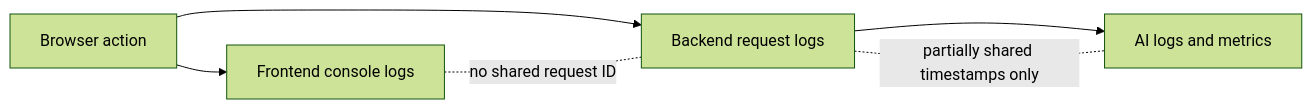
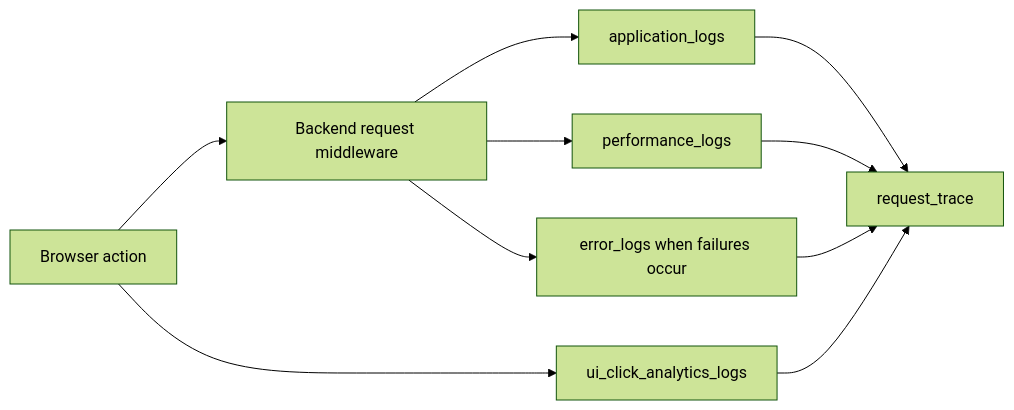
Before and after one commit to Plymouth-University/comp2003-2025-2026-team-3: the seventh of 7 diagrams in docs/services/logging-system/flows.md, drawn with Mermaid (forest theme). The commit also changed other lines of this file and 5 other files, not shown here.

````diff
--- a/docs/services/logging-system/flows.md
+++ b/docs/services/logging-system/flows.md
@@ -193,9 +302,12 @@
 ```mermaid
 flowchart LR
-  BrowserAction[Browser action] --> FrontendLog[Frontend console logs]
-  BrowserAction --> BackendReq[Backend request logs]
-  BackendReq --> AILog[AI logs and metrics]
-
-  FrontendLog -. no shared request ID .- BackendReq
-  BackendReq -. partially shared timestamps only .- AILog
+  BrowserAction[Browser action] --> UILog[ui_click_analytics_logs]
+  BrowserAction --> BackendRequest[Backend request middleware]
+  BackendRequest --> AppLog[application_logs]
+  BackendRequest --> PerfLog[performance_logs]
+  BackendRequest --> ErrorLog[error_logs when failures occur]
+  AppLog --> Trace[request_trace]
+  PerfLog --> Trace
+  ErrorLog --> Trace
+  UILog --> Trace
 ```
````
